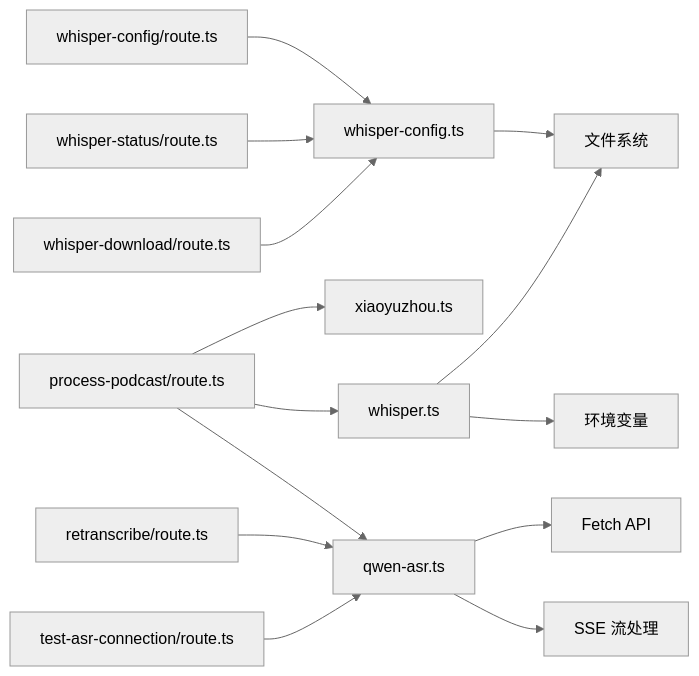
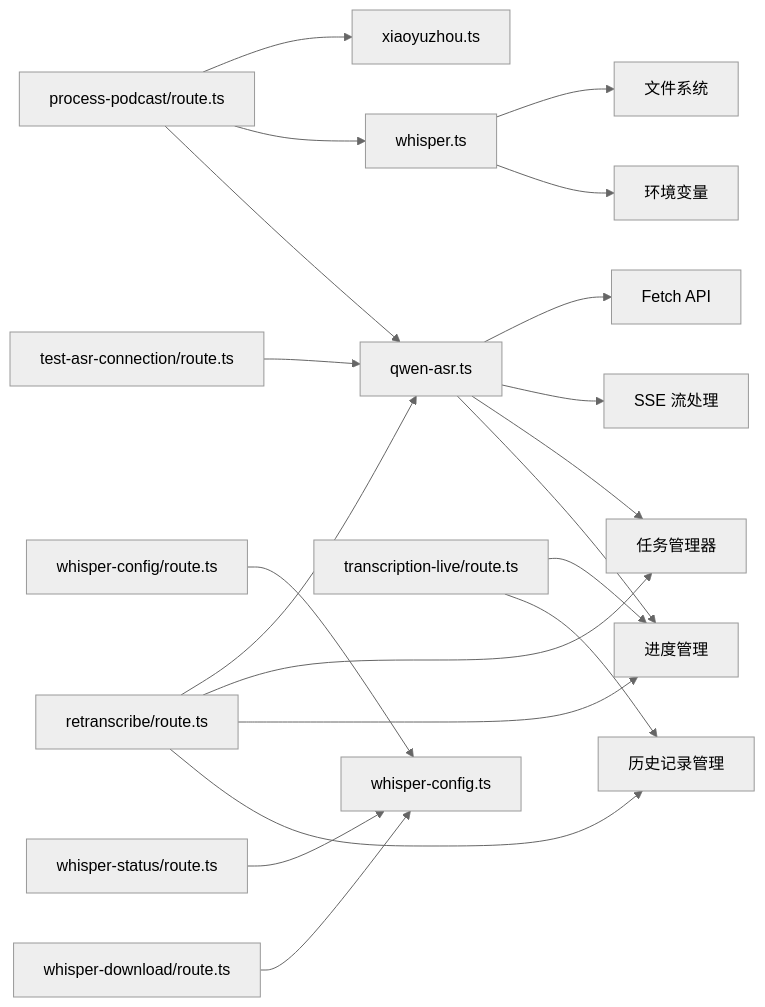
One commit to clawbotai/memo-flow changed diagram 12 of 12 in .qoder/repowiki/zh/content/核心功能模块/语音识别引擎.md. Above: the diagram before and after it, drawn with Mermaid (neutral theme). The commit also changed other lines of this file and 18 other files, not shown here.

````diff
--- a/.qoder/repowiki/zh/content/核心功能模块/语音识别引擎.md
+++ b/.qoder/repowiki/zh/content/核心功能模块/语音识别引擎.md
@@ -427,16 +536,22 @@
 ```mermaid
 graph LR
 WTS["whisper.ts"] --> FS["文件系统"]
 WTS --> ENV["环境变量"]
 QASR["qwen-asr.ts"] --> FETCH["Fetch API"]
 QASR --> SSE["SSE 流处理"]
-WCONF["whisper-config.ts"] --> FS
+QASR --> TTM["任务管理器"]
+QASR --> TPROG["进度管理"]
 POD["process-podcast/route.ts"] --> XY["xiaoyuzhou.ts"]
 POD --> WTS
 POD --> QASR
 RET["retranscribe/route.ts"] --> QASR
-CFG["whisper-config/route.ts"] --> WCONF
+RET --> TTM
+RET --> TPROG
+RET --> THIST["历史记录管理"]
+LIVE["transcription-live/route.ts"] --> TPROG
+LIVE --> THIST
+CFG["whisper-config/route.ts"] --> WCONF["whisper-config.ts"]
 STAT["whisper-status/route.ts"] --> WCONF
 DL["whisper-download/route.ts"] --> WCONF
 TEST["test-asr-connection/route.ts"] --> QASR
 ```
````
